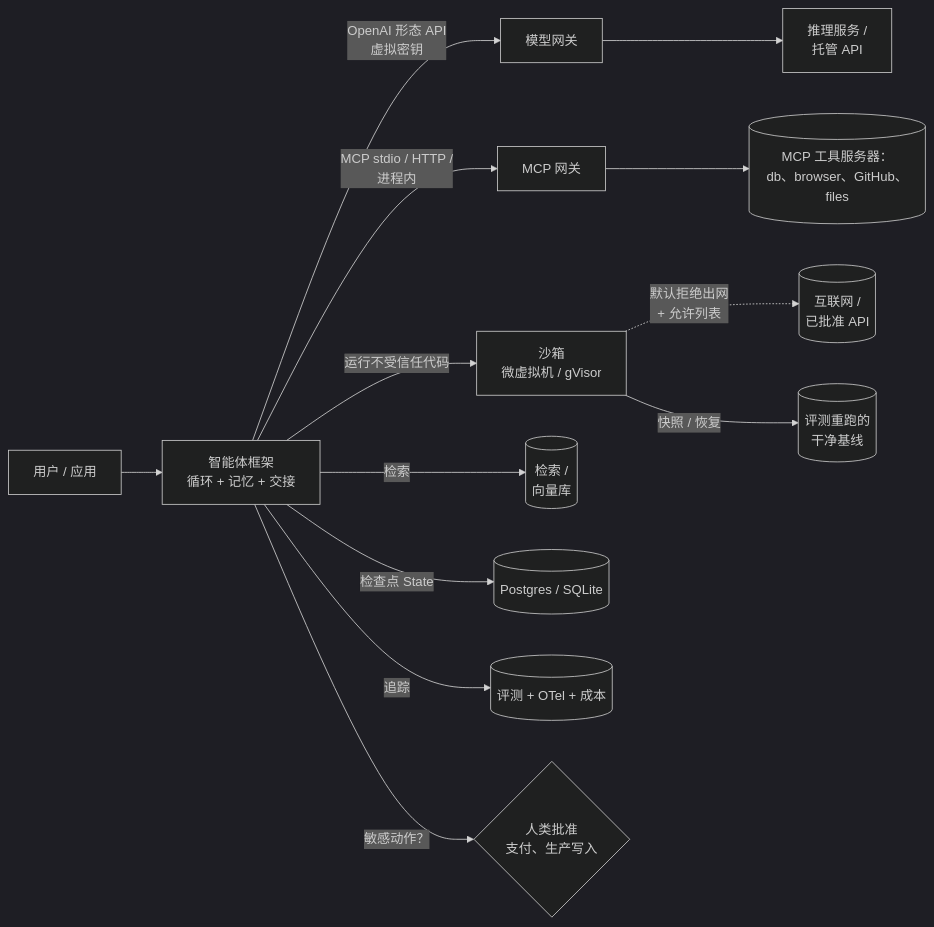
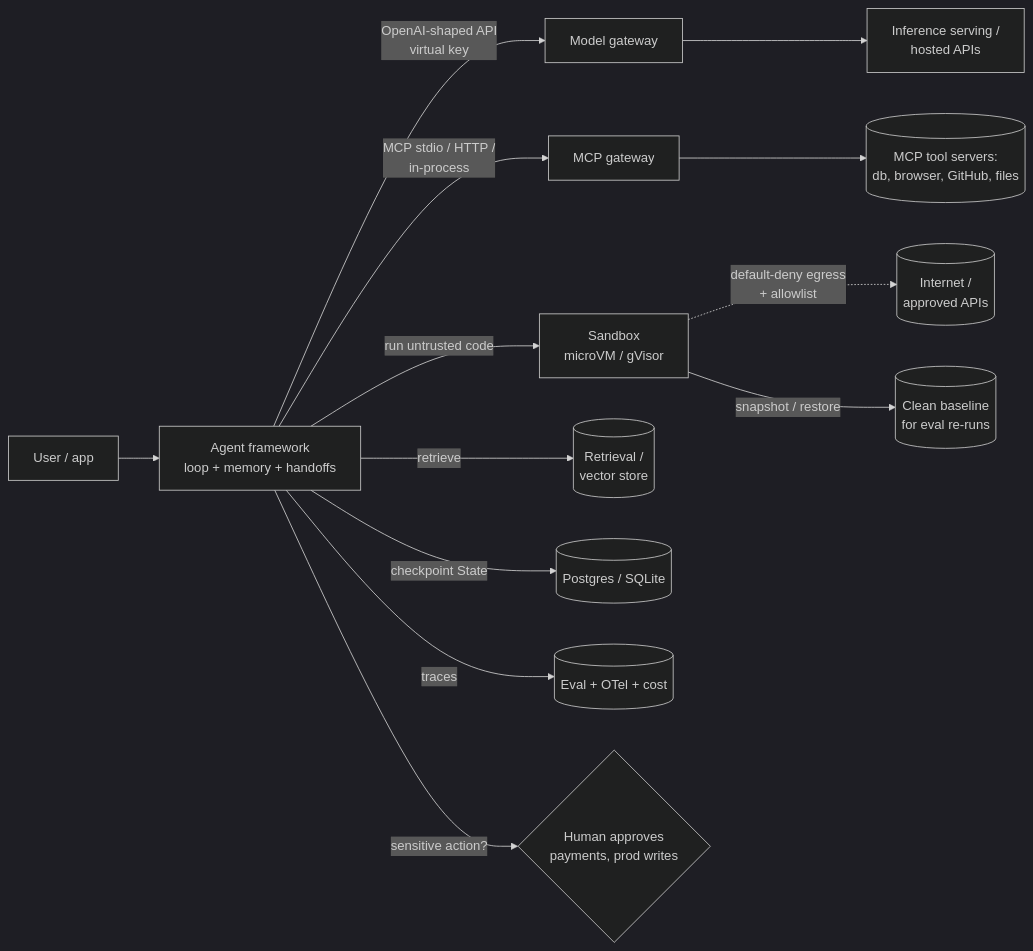
Before and after one commit to latere-ai/ai-as-an-infrastructure: the diagram in zh/p10-practical/41-agents-and-sandboxes.qmd, drawn with Mermaid (dark theme). The commit also changed other lines of this file and 106 other files, not shown here.

````diff
--- a/zh/p10-practical/41-agents-and-sandboxes.qmd
+++ b/zh/p10-practical/41-agents-and-sandboxes.qmd
@@ -208,17 +192,17 @@
 ```{mermaid}
 %%| label: fig-agent-runtime
 %%| fig-cap: "生产智能体运行时。框架不持有提供方密钥、也不持有原始凭据；模型访问、工具访问、计算访问各自经一个受治理的接缝伸进来。"
 flowchart LR
-  user["用户 / 应用"] --> agent["智能体框架<br/>循环 + 记忆 + 交接"]
-  agent -->|"OpenAI 形态 API<br/>虚拟密钥"| gw["模型网关"]
-  gw --> serve["推理服务 /<br/>托管 API"]
-  agent -->|"MCP stdio / HTTP /<br/>进程内"| mcpgw["MCP 网关"]
-  mcpgw --> tools[("MCP 工具服务器：<br/>db、browser、GitHub、files")]
-  agent -->|"运行不受信任代码"| sb["沙箱<br/>微虚拟机 / gVisor"]
-  sb -. "默认拒绝出网<br/>+ 允许列表" .-> net[("互联网 /<br/>已批准 API")]
-  sb -->|"快照 / 恢复"| snap[("评测重跑的<br/>干净基线")]
-  agent -->|"检索"| rag[("检索 /<br/>向量库")]
-  agent -->|"检查点 State"| ckpt[("Postgres / SQLite")]
-  agent -->|"追踪"| obs[("评测 + OTel + 成本")]
-  agent -->|"敏感动作？"| human{"人类批准<br/>支付、生产写入"}
+  user["User / app"] --> agent["Agent framework<br/>loop + memory + handoffs"]
+  agent -->|"OpenAI-shaped API<br/>virtual key"| gw["Model gateway"]
+  gw --> serve["Inference serving /<br/>hosted APIs"]
+  agent -->|"MCP stdio / HTTP /<br/>in-process"| mcpgw["MCP gateway"]
+  mcpgw --> tools[("MCP tool servers:<br/>db, browser, GitHub, files")]
+  agent -->|"run untrusted code"| sb["Sandbox<br/>microVM / gVisor"]
+  sb -. "default-deny egress<br/>+ allowlist" .-> net[("Internet /<br/>approved APIs")]
+  sb -->|"snapshot / restore"| snap[("Clean baseline<br/>for eval re-runs")]
+  agent -->|"retrieve"| rag[("Retrieval /<br/>vector store")]
+  agent -->|"checkpoint State"| ckpt[("Postgres / SQLite")]
+  agent -->|"traces"| obs[("Eval + OTel + cost")]
+  agent -->|"sensitive action?"| human{"Human approves<br/>payments, prod writes"}
 ```
````
